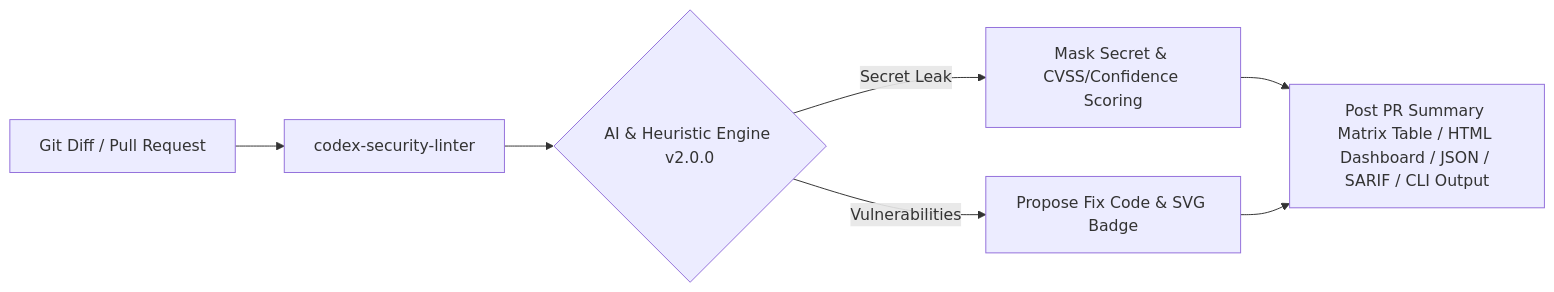
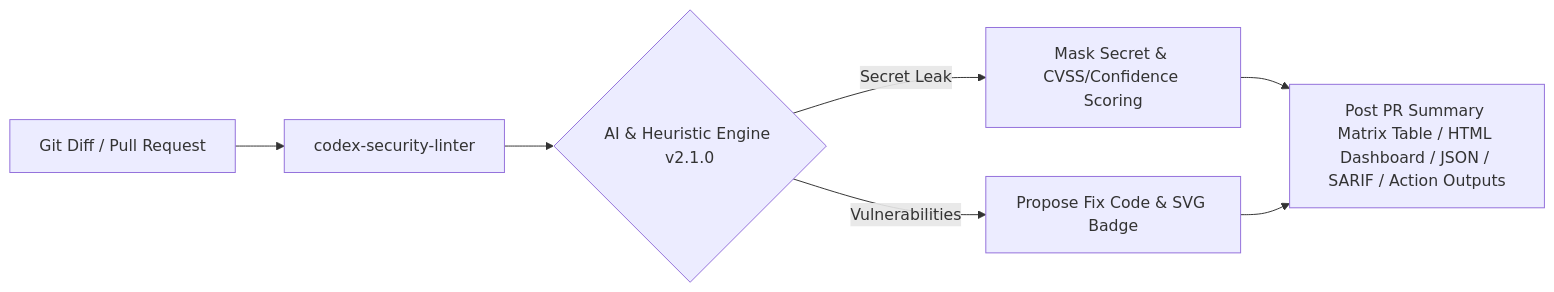
The diagram in README.md (knmt1219/codex-security-linter), drawn with Mermaid before and after one commit. The commit also changed other lines of this file and 4 other files, not shown here.

Commit message:
feat(v2.1.0): add GitHub Action output parameters and quiet mode for pre-commit hooks

````diff
--- a/README.md
+++ b/README.md
@@ -15,8 +15,8 @@
 ```mermaid
 graph LR
     A[Git Diff / Pull Request] --> B[codex-security-linter]
-    B --> C{AI & Heuristic Engine v2.0.0}
+    B --> C{AI & Heuristic Engine v2.1.0}
     C -->|Secret Leak| D[Mask Secret & CVSS/Confidence Scoring]
     C -->|Vulnerabilities| E[Propose Fix Code & SVG Badge]
-    D & E --> F[Post PR Summary Matrix Table / HTML Dashboard / JSON / SARIF / CLI Output]
+    D & E --> F[Post PR Summary Matrix Table / HTML Dashboard / JSON / SARIF / Action Outputs]
 ```
````
